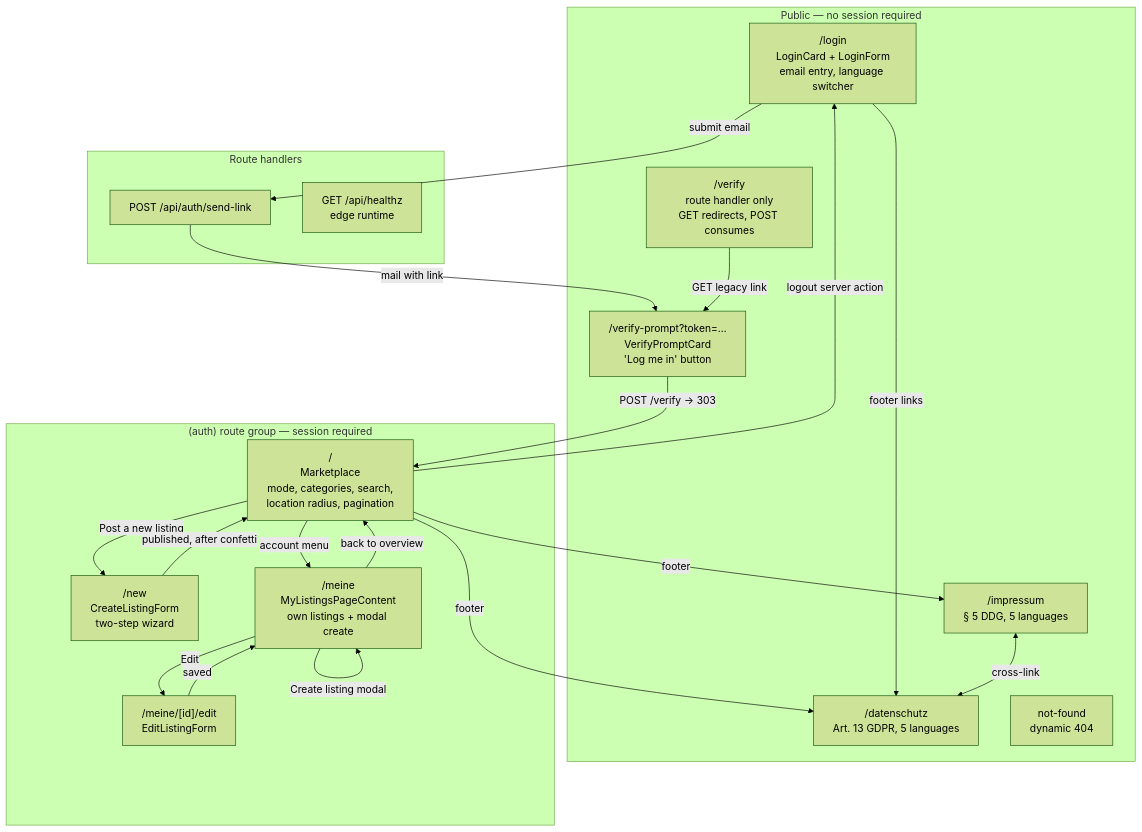
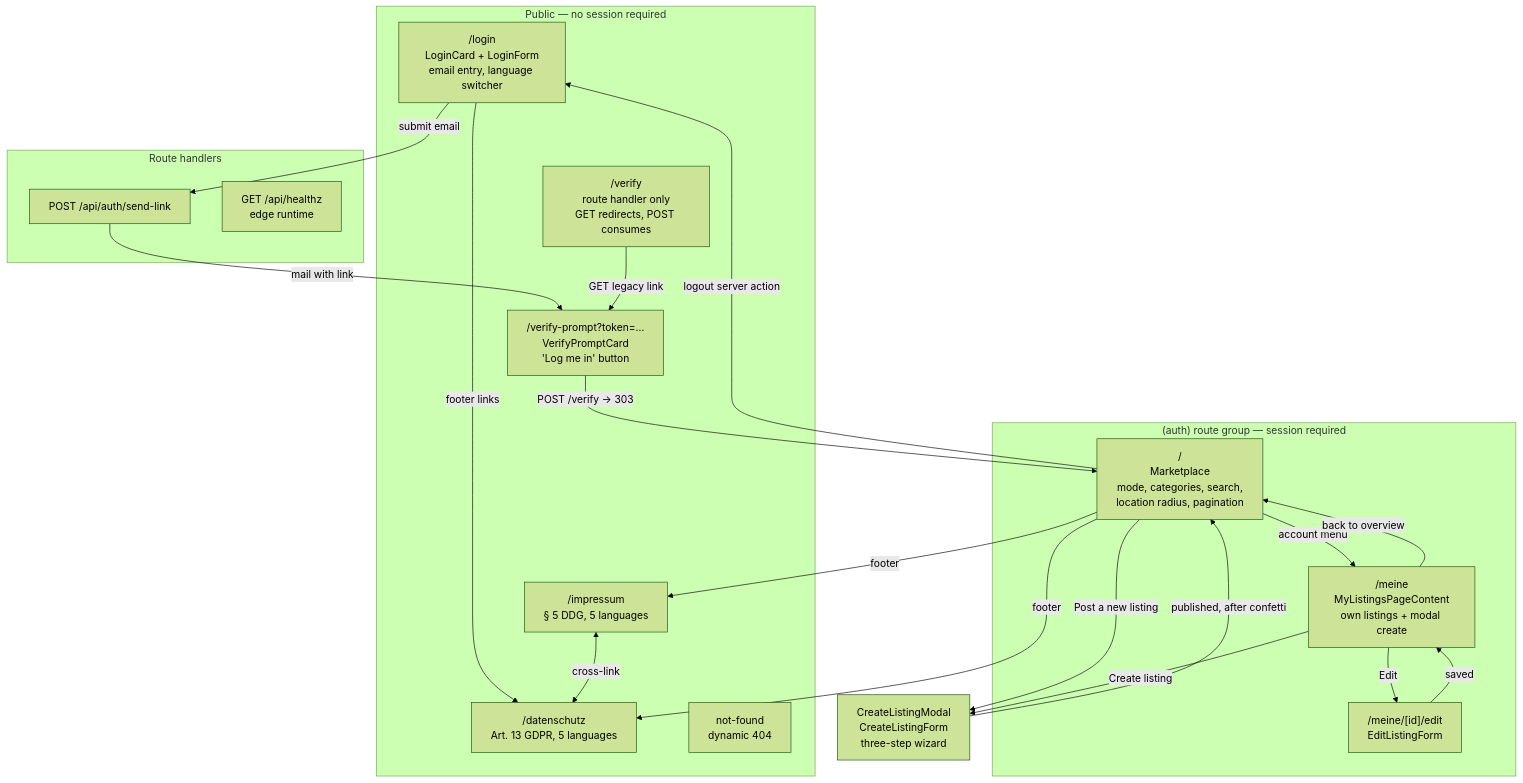
One commit to InnoLab-2026/FeedmyFrog changed the third of 12 diagrams in README.md. Above: the diagram before and after it, drawn with Mermaid (forest theme). The commit also changed other lines of this file and 16 other files, not shown here.

````diff
--- a/README.md
+++ b/README.md
@@ -161,43 +168,42 @@
 ```mermaid
 flowchart TD
     subgraph Public["Public — no session required"]
         LOGIN["/login<br/>LoginCard + LoginForm<br/>email entry, language switcher"]
         VP["/verify-prompt?token=…<br/>VerifyPromptCard<br/>'Log me in' button"]
         VERIFY["/verify<br/>route handler only<br/>GET redirects, POST consumes"]
         IMP["/impressum<br/>§ 5 DDG, 5 languages"]
         DS["/datenschutz<br/>Art. 13 GDPR, 5 languages"]
         NF["not-found<br/>dynamic 404"]
     end
 
     subgraph Auth["(auth) route group — session required"]
         HOME["/<br/>Marketplace<br/>mode, categories, search,<br/>location radius, pagination"]
-        NEW["/new<br/>CreateListingForm<br/>two-step wizard"]
         MINE["/meine<br/>MyListingsPageContent<br/>own listings + modal create"]
         EDIT["/meine/[id]/edit<br/>EditListingForm"]
     end
 
     subgraph API["Route handlers"]
         SEND["POST /api/auth/send-link"]
         HZ["GET /api/healthz<br/>edge runtime"]
     end
 
     LOGIN -->|"submit email"| SEND
     SEND -->|"mail with link"| VP
     VERIFY -->|"GET legacy link"| VP
     VP -->|"POST /verify → 303"| HOME
 
-    HOME -->|"Post a new listing"| NEW
+    HOME -->|"Post a new listing"| MODAL["CreateListingModal<br/>CreateListingForm<br/>three-step wizard"]
     HOME -->|"account menu"| MINE
-    NEW -->|"published, after confetti"| HOME
+    MINE -->|"Create listing"| MODAL
+    MODAL -->|"published, after confetti"| HOME
     MINE -->|"Edit"| EDIT
     EDIT -->|"saved"| MINE
     MINE -->|"back to overview"| HOME
-    MINE -->|"Create listing modal"| MINE
 
     HOME -->|"footer"| IMP
     HOME -->|"footer"| DS
     LOGIN -->|"footer links"| DS
     IMP <-->|"cross-link"| DS
 
     HOME -->|"logout server action"| LOGIN
 ```
````
